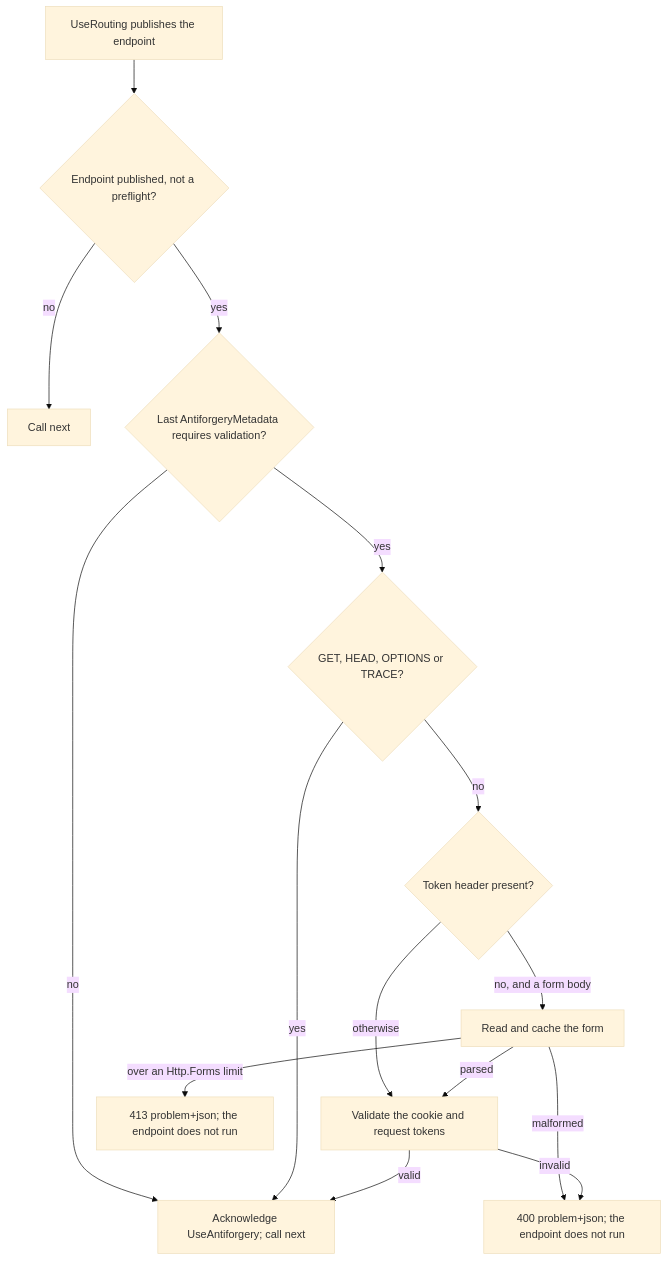
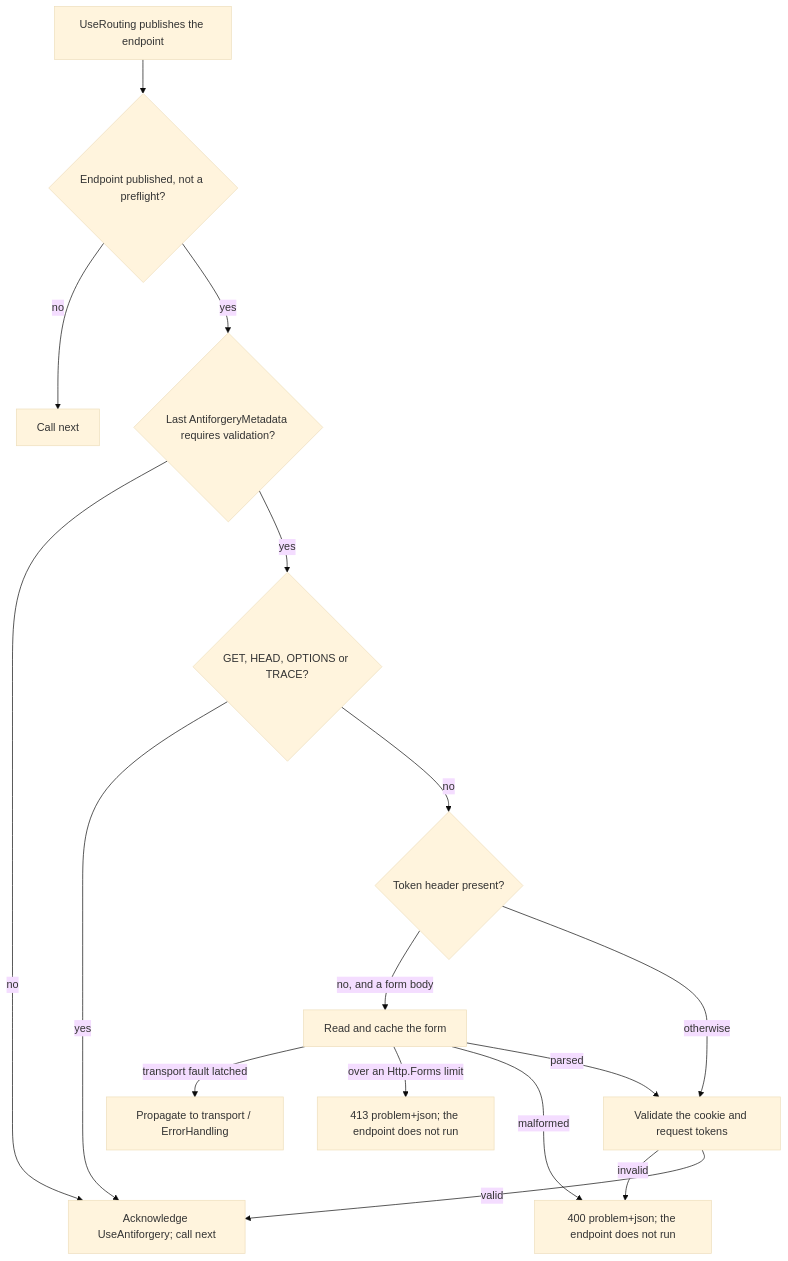
Before and after one commit to assimalign/cohesion: the second of 2 diagrams in resources/Web/Assimalign.Cohesion.Web.Antiforgery/docs/DESIGN.md, drawn with Mermaid (base theme). The commit also changed other lines of this file and 5 other files, not shown here.

````diff
--- a/resources/Web/Assimalign.Cohesion.Web.Antiforgery/docs/DESIGN.md
+++ b/resources/Web/Assimalign.Cohesion.Web.Antiforgery/docs/DESIGN.md
@@ -81,17 +81,18 @@
 ```mermaid
 flowchart TD
     Routing["UseRouting publishes the endpoint"] --> Endpoint{"Endpoint published, not a preflight?"}
     Endpoint -->|"no"| Next["Call next"]
     Endpoint -->|"yes"| Metadata{"Last AntiforgeryMetadata requires validation?"}
     Metadata -->|"no"| Ack["Acknowledge UseAntiforgery; call next"]
     Metadata -->|"yes"| Method{"GET, HEAD, OPTIONS or TRACE?"}
     Method -->|"yes"| Ack
     Method -->|"no"| Header{"Token header present?"}
     Header -->|"no, and a form body"| Form["Read and cache the form"]
+    Form -->|"transport fault latched"| Transport["Propagate to transport / ErrorHandling"]
+    Form -->|"over an Http.Forms limit"| TooLarge["413 problem+json; the endpoint does not run"]
+    Form -->|"malformed"| Reject["400 problem+json; the endpoint does not run"]
     Header -->|"otherwise"| Validate["Validate the cookie and request tokens"]
     Form -->|"parsed"| Validate
-    Form -->|"over an Http.Forms limit"| TooLarge["413 problem+json; the endpoint does not run"]
-    Form -->|"malformed"| Reject["400 problem+json; the endpoint does not run"]
     Validate -->|"invalid"| Reject
     Validate -->|"valid"| Ack
 ```
````
